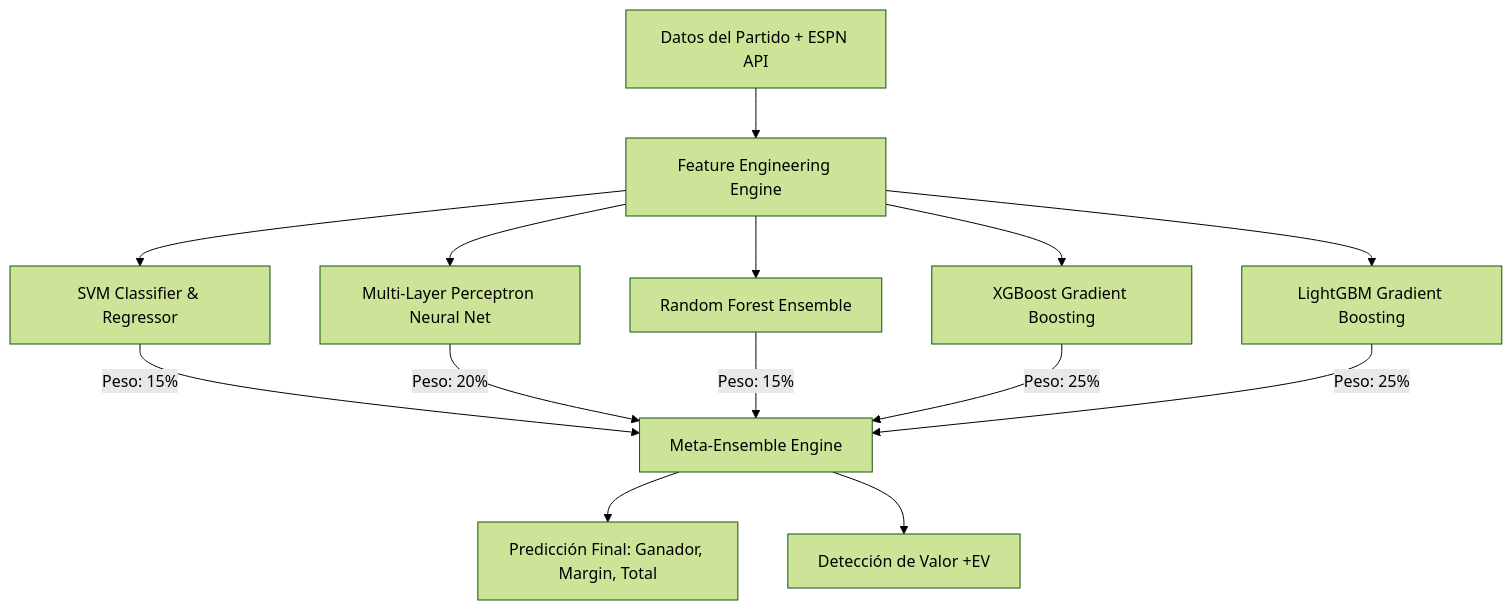
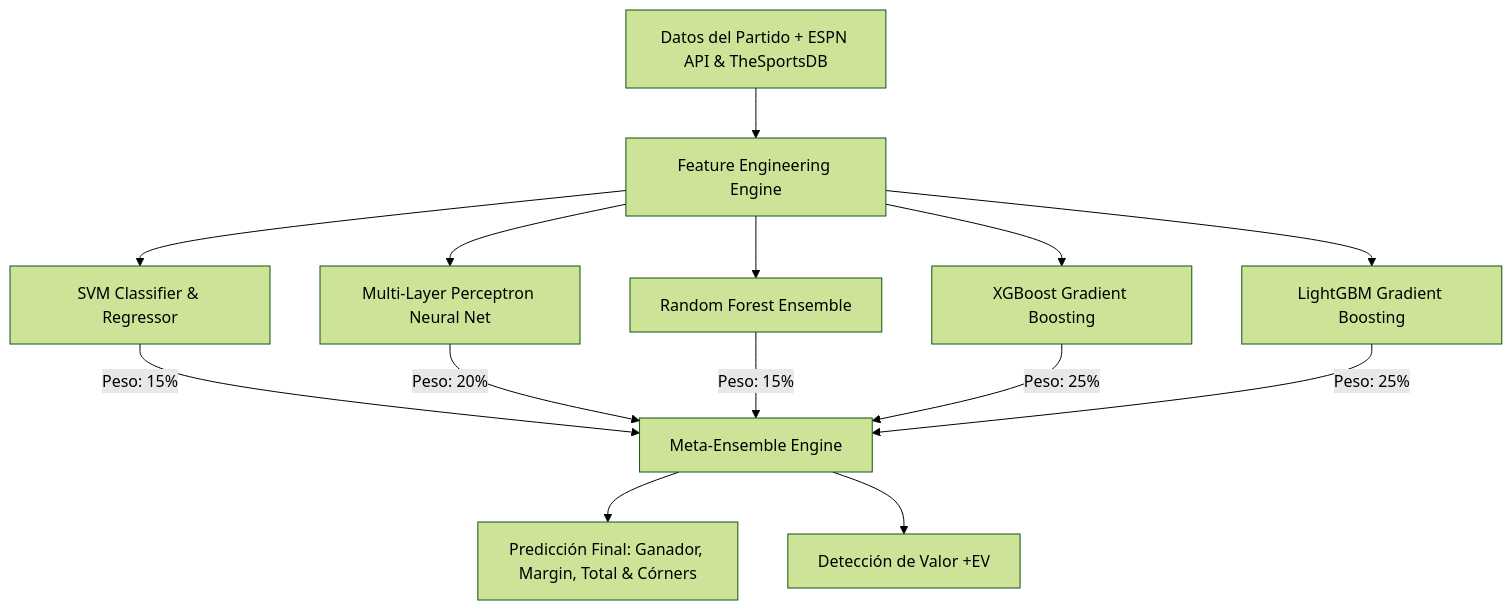
Before and after one commit to Jalorh85/Parleys: the diagram in README.md, drawn with Mermaid (forest theme). The commit also changed other lines of this file, not shown here.

Commit message:
Update README with Liga MX, Leagues Cup 2026, and TheSportsDB API

````diff
--- a/README.md
+++ b/README.md
@@ -51,18 +52,18 @@
 ```mermaid
 graph TD
-    A[Datos del Partido + ESPN API] --> B[Feature Engineering Engine]
+    A[Datos del Partido + ESPN API & TheSportsDB] --> B[Feature Engineering Engine]
     B --> C[SVM Classifier & Regressor]
     B --> D[Multi-Layer Perceptron Neural Net]
     B --> E[Random Forest Ensemble]
     B --> F[XGBoost Gradient Boosting]
     B --> G[LightGBM Gradient Boosting]
     
     C -->|Peso: 15%| H[Meta-Ensemble Engine]
     D -->|Peso: 20%| H
     E -->|Peso: 15%| H
     F -->|Peso: 25%| H
     G -->|Peso: 25%| H
     
-    H --> I[Predicción Final: Ganador, Margin, Total]
+    H --> I[Predicción Final: Ganador, Margin, Total & Córners]
     H --> J[Detección de Valor +EV]
 ```
````
